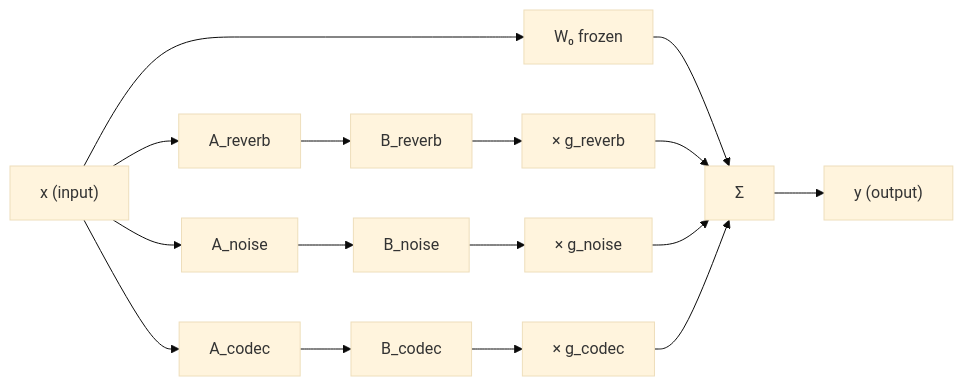
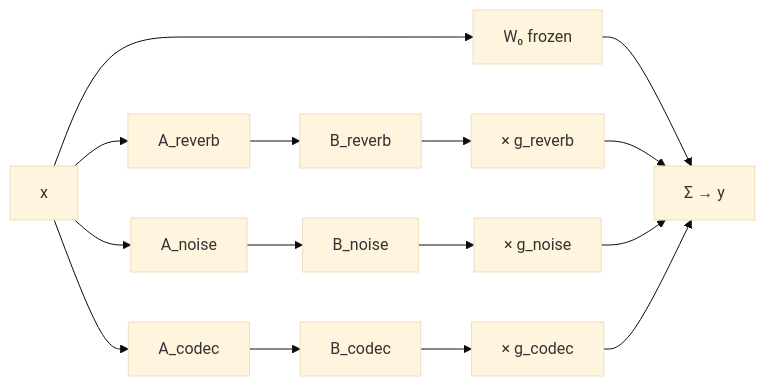
The second of 5 diagrams in README.md (TECHSCHOLAR777/SINGLE-CHANNEL-SPEECH-SEPARATION-PROJECT), drawn with Mermaid (base theme) before and after one commit. The commit also changed other lines of this file, not shown here.

````diff
--- a/README.md
+++ b/README.md
@@ -131,16 +129,15 @@
 ```mermaid
 flowchart LR
-    X["x (input)"]
+    X["x"]
     W0["W₀  frozen"]
-    AR["A_reverb"] --> BR["B_reverb"] --> GR["× g_reverb"]
+    AR["A_reverb"] --> BR_["B_reverb"] --> GR["× g_reverb"]
     AN["A_noise"]  --> BN["B_noise"]  --> GN["× g_noise"]
     AC["A_codec"]  --> BC["B_codec"]  --> GC["× g_codec"]
-    X --> W0 --> SUM["Σ"]
+    X --> W0 --> SUM["Σ  →  y"]
     X --> AR
     X --> AN
     X --> AC
     GR --> SUM
     GN --> SUM
     GC --> SUM
-    SUM --> Y["y (output)"]
 ```
````
